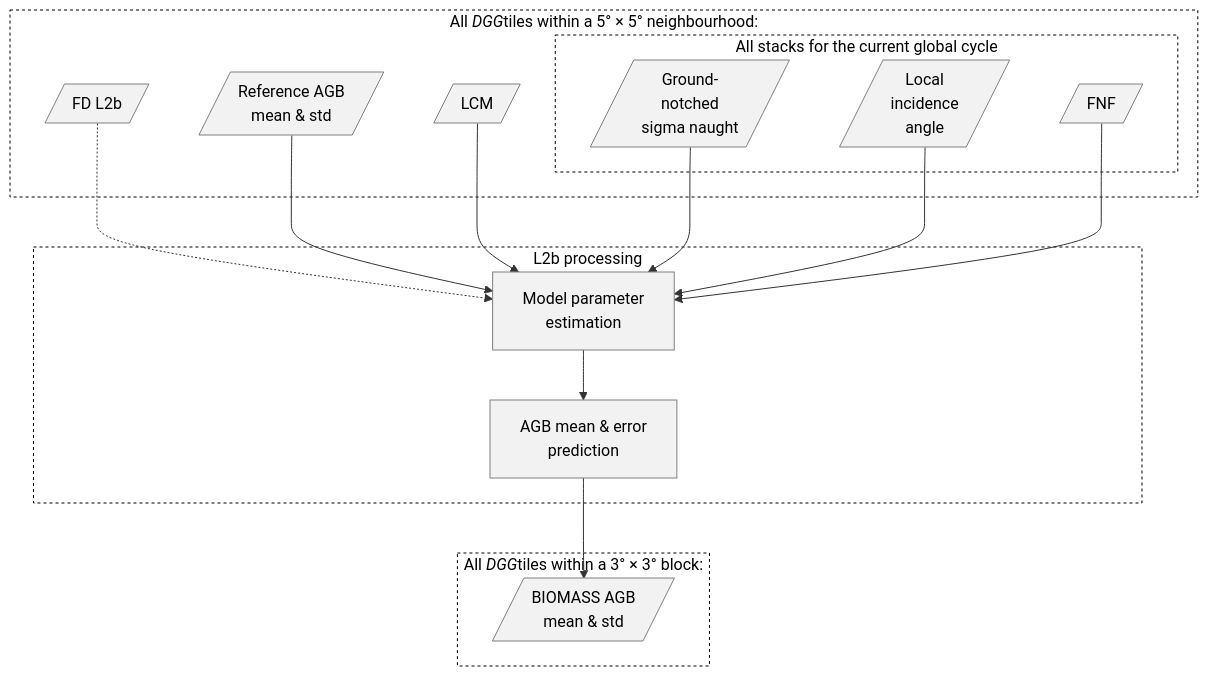
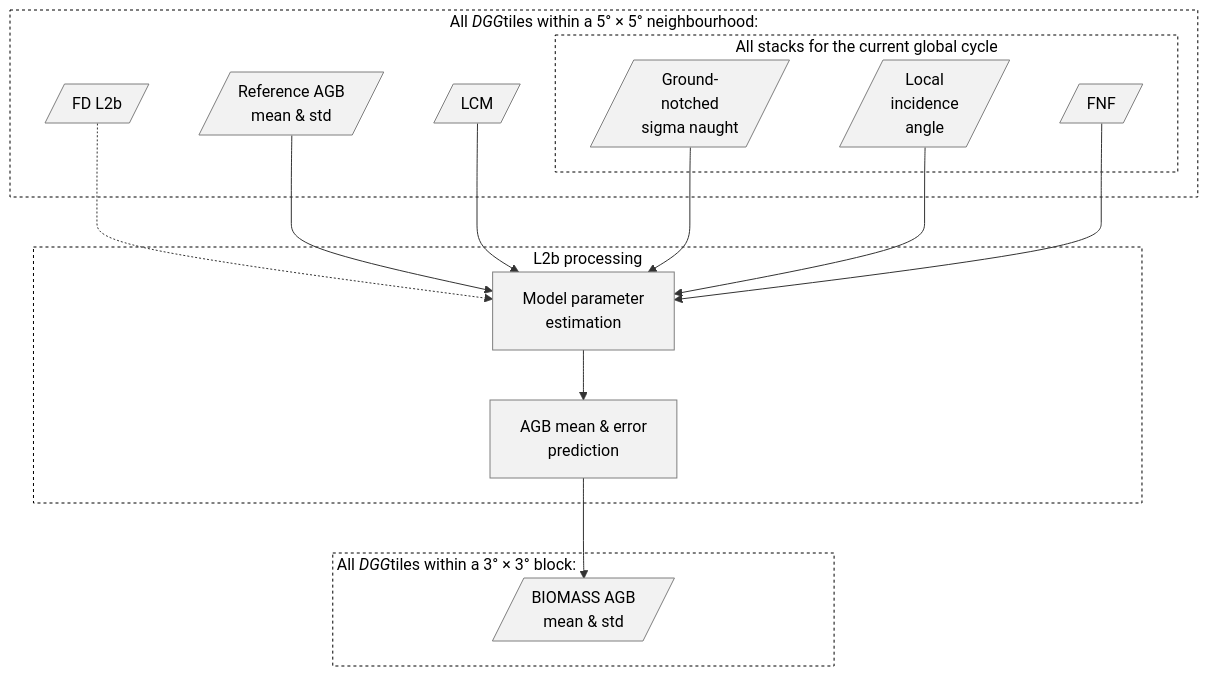
One commit to BioPAL/BPS changed the first of 3 diagrams in docs/science-guide/atbd-l2-agb/04-agb-estimation.md. Above: the diagram before and after it, drawn with Mermaid. The commit also changed 20 other files, not shown here.

````diff
--- a/docs/science-guide/atbd-l2-agb/04-agb-estimation.md
+++ b/docs/science-guide/atbd-l2-agb/04-agb-estimation.md
@@ -50,46 +50,48 @@
 ```{mermaid}
 %%{init: {"theme": "default"}}%%
 flowchart TB
   accTitle: Complete flow-chart of the L2b processing.
   accDescr: Six inputs feed model parameter estimation in L2b processing: FD L2b (dashed), Reference AGB mean & std and LCM, all DGG tiles within a 5° × 5° neighbourhood, and Ground-notched sigma naught, Local incidence angle and FNF, all stacks for the current global cycle. Model parameter estimation is followed by AGB mean & error prediction, which gives BIOMASS AGB mean & std for all DGG tiles within a 3° × 3° block.
 
   %% Colours of the original figure.
   %%   data: input or output (light grey parallelogram)
   %%   step: processing step (light grey box)
   classDef data fill:#f2f2f2,stroke:#7f7f7f,color:#000000
   classDef step fill:#f2f2f2,stroke:#7f7f7f,color:#000000
 
+  %% The &nbsp; after a frame title push the title to the left, out of the way
+  %% of the arrows that enter the frame from the top (Mermaid centres titles).
   subgraph NEIGH["All <i>DGG</i>tiles within a 5° × 5° neighbourhood:"]
     fd[/"FD L2b"/]:::data
     ref[/"Reference AGB<br/>mean & std"/]:::data
     lcm[/"LCM"/]:::data
     subgraph STACKS["All stacks for the current global cycle"]
       sig[/"Ground-<br/>notched<br/>sigma naught"/]:::data
       lia[/"Local<br/>incidence<br/>angle"/]:::data
       fnf[/"FNF"/]:::data
     end
   end
 
   subgraph L2B["L2b processing"]
     mpe["Model parameter<br/>estimation"]:::step
     pred["AGB mean & error<br/>prediction"]:::step
   end
 
-  subgraph BLOCK["All <i>DGG</i>tiles within a 3° × 3° block:"]
+  subgraph BLOCK["All <i>DGG</i>tiles within a 3° × 3° block:&nbsp;&nbsp;&nbsp;&nbsp;&nbsp;&nbsp;&nbsp;&nbsp;&nbsp;&nbsp;&nbsp;&nbsp;&nbsp;&nbsp;&nbsp;&nbsp;&nbsp;&nbsp;&nbsp;&nbsp;&nbsp;&nbsp;&nbsp;&nbsp;&nbsp;&nbsp;&nbsp;&nbsp;&nbsp;&nbsp;&nbsp;&nbsp;&nbsp;&nbsp;&nbsp;&nbsp;&nbsp;&nbsp;&nbsp;&nbsp;&nbsp;&nbsp;&nbsp;&nbsp;&nbsp;&nbsp;&nbsp;&nbsp;&nbsp;&nbsp;&nbsp;&nbsp;&nbsp;&nbsp;&nbsp;&nbsp;&nbsp;&nbsp;&nbsp;&nbsp;&nbsp;&nbsp;&nbsp;&nbsp;"]
     agb[/"BIOMASS AGB<br/>mean & std"/]:::data
   end
 
   fd -.-> mpe
   ref --> mpe
   lcm --> mpe
   sig --> mpe
   lia --> mpe
   fnf --> mpe
   mpe --> pred
   pred --> agb
 
   style NEIGH fill:#ffffff,stroke:#000000,stroke-dasharray:3 3,color:#000000
   style STACKS fill:#ffffff,stroke:#000000,stroke-dasharray:3 3,color:#000000
   style L2B fill:#ffffff,stroke:#000000,stroke-dasharray:3 3,color:#000000
   style BLOCK fill:#ffffff,stroke:#000000,stroke-dasharray:3 3,color:#000000
 ```
````
